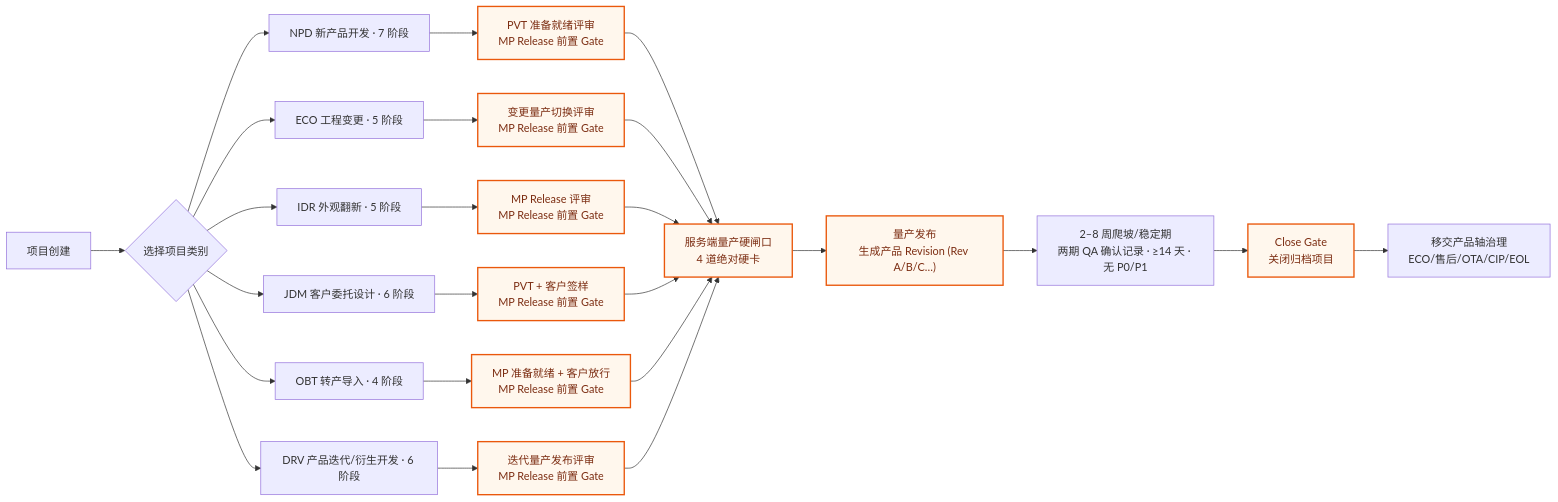
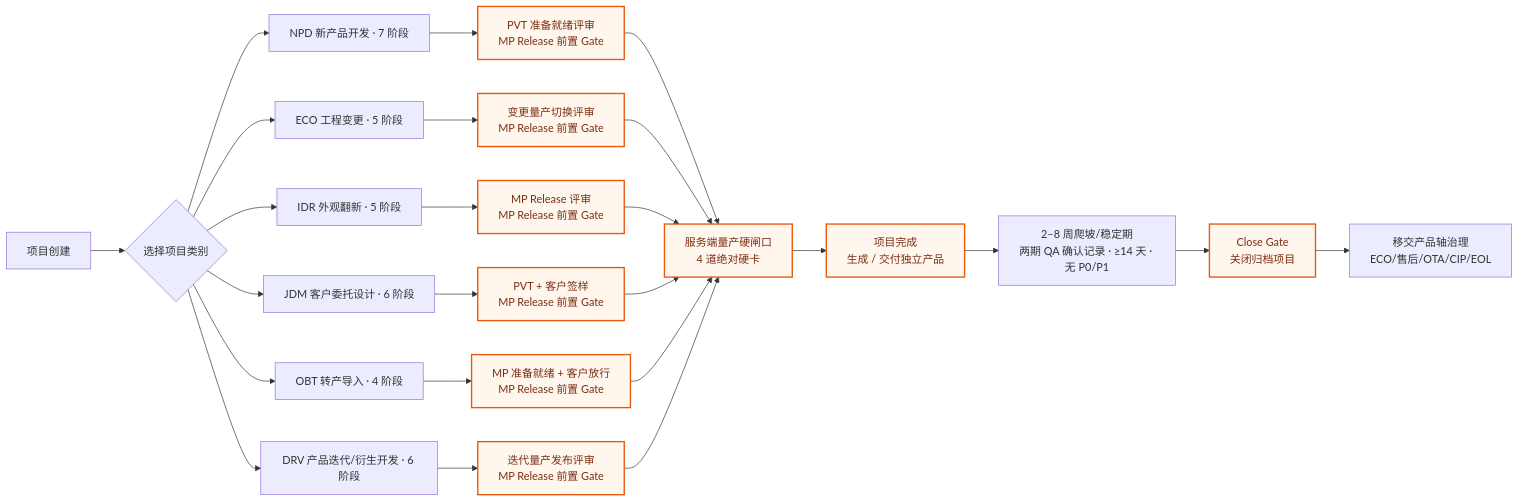
The first of 8 diagrams in docs/design/2026-06-29-sop-design.md (RealHanweiHu/ce-project-hub), drawn with Mermaid before and after one commit. The commit also changed other lines of this file and 70 other files, not shown here.

````diff
--- a/docs/design/2026-06-29-sop-design.md
+++ b/docs/design/2026-06-29-sop-design.md
@@ -43,26 +47,26 @@
 ```mermaid
 flowchart LR
   Start["项目创建"] --> Cat{"选择项目类别"}
   Cat --> NPD["NPD 新产品开发 · 7 阶段"]
   Cat --> ECO["ECO 工程变更 · 5 阶段"]
   Cat --> DRV["DRV 产品迭代/衍生开发 · 6 阶段"]
   Cat --> IDR["IDR 外观翻新 · 5 阶段"]
   Cat --> JDM["JDM 客户委托设计 · 6 阶段"]
   Cat --> OBT["OBT 转产导入 · 4 阶段"]
 
   NPD --> R1["PVT 准备就绪评审<br/>MP Release 前置 Gate"]
   ECO --> R2["变更量产切换评审<br/>MP Release 前置 Gate"]
   DRV --> R6["迭代量产发布评审<br/>MP Release 前置 Gate"]
   IDR --> R3["MP Release 评审<br/>MP Release 前置 Gate"]
   JDM --> R4["PVT + 客户签样<br/>MP Release 前置 Gate"]
   OBT --> R5["MP 准备就绪 + 客户放行<br/>MP Release 前置 Gate"]
 
   R1 & R2 & R3 & R4 & R5 & R6 --> HardGate["服务端量产硬闸口<br/>4 道绝对硬卡"]
-  HardGate --> Rev["量产发布<br/>生成产品 Revision (Rev A/B/C…)"]
-  Rev --> Stable["2–8 周爬坡/稳定期<br/>两期 QA 确认记录 · ≥14 天 · 无 P0/P1"]
+  HardGate --> Product["项目完成<br/>生成 / 交付独立产品"]
+  Product --> Stable["2–8 周爬坡/稳定期<br/>两期 QA 确认记录 · ≥14 天 · 无 P0/P1"]
   Stable --> Close["Close Gate<br/>关闭归档项目"]
   Close --> Prod["移交产品轴治理<br/>ECO/售后/OTA/CIP/EOL"]
 
   classDef rel fill:#fff7ed,stroke:#ea580c,color:#7c2d12,stroke-width:2px;
-  class R1,R2,R3,R4,R5,R6,HardGate,Rev,Close rel;
+  class R1,R2,R3,R4,R5,R6,HardGate,Product,Close rel;
 ```
````
